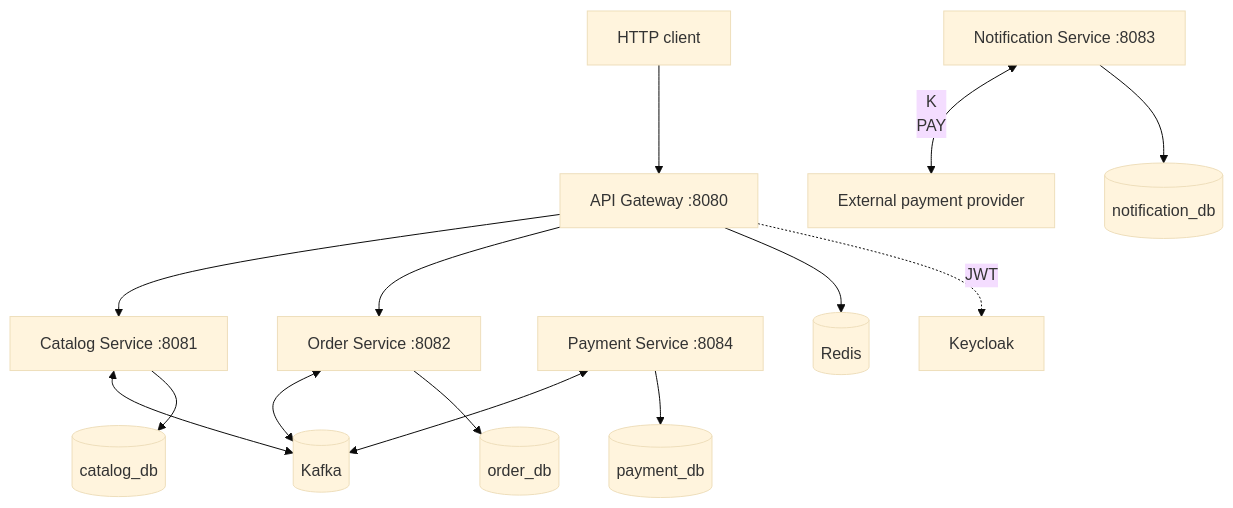
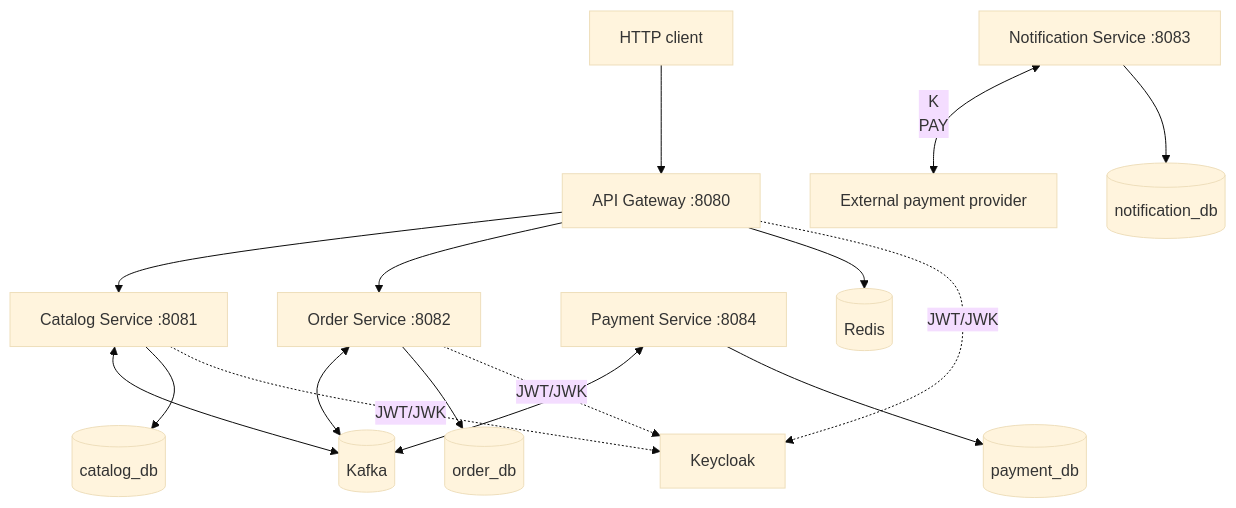
One commit to sergeykremnev8888/ticket-craft changed the diagram in README.md. Above: the diagram before and after it, drawn with Mermaid (base theme). The commit also changed other lines of this file and 1 other file, not shown here.

Commit message:
catalog: update readme

````diff
--- a/README.md
+++ b/README.md
@@ -17,17 +17,19 @@
 ```mermaid
 flowchart TD
     Client[HTTP client] --> GW[API Gateway :8080]
     GW --> CAT[Catalog Service :8081]
     GW --> ORD[Order Service :8082]
     ORD <--> K[(Kafka)]
     CAT <--> K
     PAY[Payment Service :8084] <--> K
     NOT[Notification Service :8083] <-- K
     PAY --> Provider[External payment provider]
     CAT --> CDB[(catalog_db)]
     ORD --> ODB[(order_db)]
     PAY --> PDB[(payment_db)]
     NOT --> NDB[(notification_db)]
     GW --> Redis[(Redis)]
-    GW -. JWT .-> KC[Keycloak]
+    GW -. JWT/JWK .-> KC[Keycloak]
+    CAT -. JWT/JWK .-> KC
+    ORD -. JWT/JWK .-> KC
 ```
````
